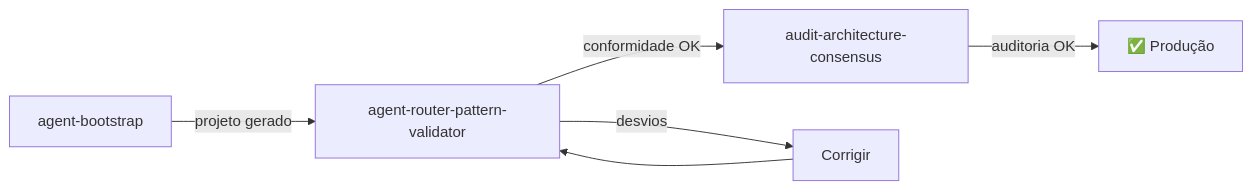
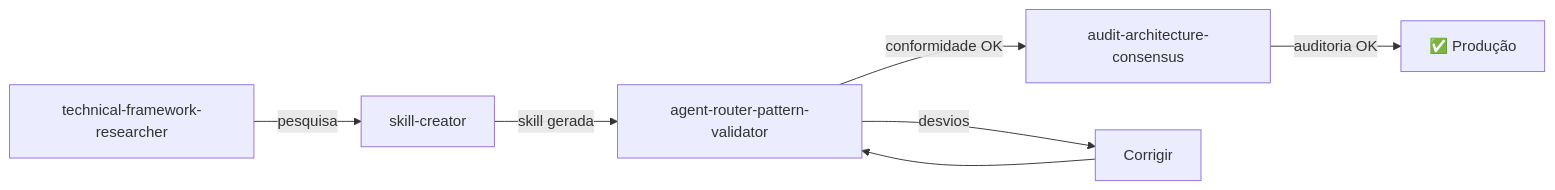
Before and after one commit to rodrigo-mendes/agents-factory: the diagram in docs/capacidades/prompts-framework.md, drawn with Mermaid. The commit also changed other lines of this file and 7 other files, not shown here.

````diff
--- a/docs/capacidades/prompts-framework.md
+++ b/docs/capacidades/prompts-framework.md
@@ -123,8 +61,9 @@
 ```mermaid
 graph LR
-    A[agent-bootstrap] -->|projeto gerado| B[agent-router-pattern-validator]
-    B -->|conformidade OK| C[audit-architecture-consensus]
-    C -->|auditoria OK| D[✅ Produção]
-    B -->|desvios| FIX[Corrigir]
-    FIX --> B
+    A[technical-framework-researcher] -->|pesquisa| B[skill-creator]
+    B -->|skill gerada| C[agent-router-pattern-validator]
+    C -->|conformidade OK| D[audit-architecture-consensus]
+    D -->|auditoria OK| E[✅ Produção]
+    C -->|desvios| FIX[Corrigir]
+    FIX --> C
 ```
````
